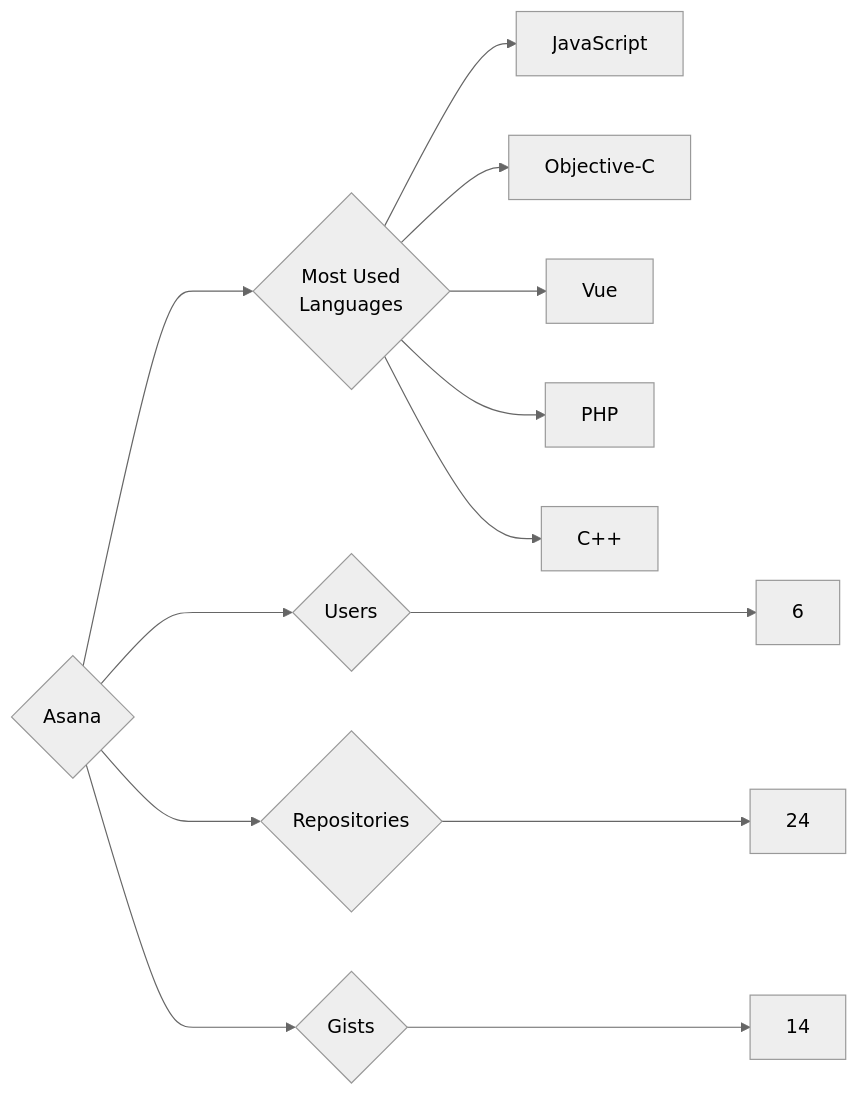
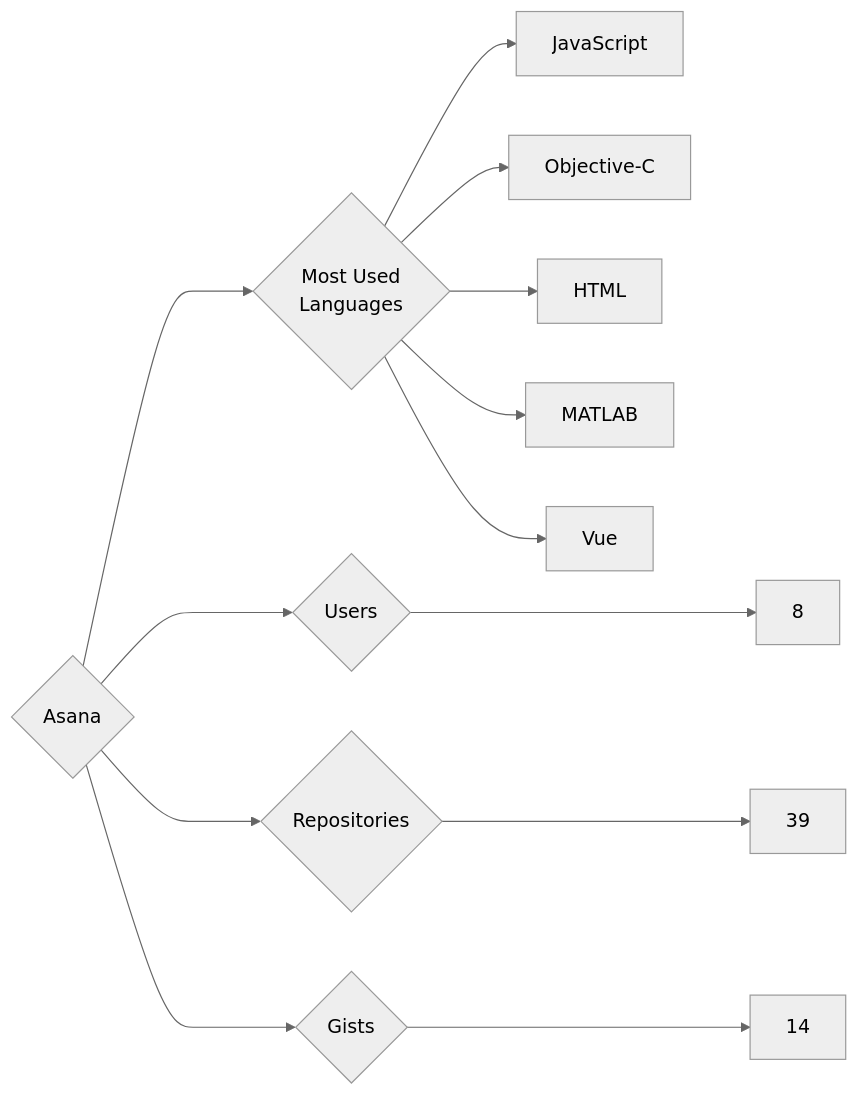
Before and after one commit to trickest/insiders: the diagram in targets/Asana/README.md, drawn with Mermaid (neutral theme). The commit also changed 783 other files, not shown here.

````diff
--- a/targets/Asana/README.md
+++ b/targets/Asana/README.md
@@ -3,13 +3,13 @@
 ```mermaid
 graph LR
 COMPANY_NAME{Asana}
-COMPANY_NAME ---> U{Users} ---> UN[6]
-COMPANY_NAME ---> R{Repositories} ---> RN[24]
+COMPANY_NAME ---> U{Users} ---> UN[8]
+COMPANY_NAME ---> R{Repositories} ---> RN[39]
 COMPANY_NAME ---> G{Gists} ---> GN[14]
 COMPANY_NAME ---> ML{Most Used<br>Languages}
 ML --> JavaScript[JavaScript]
 ML --> Objective-C[Objective-C]
+ML --> HTML[HTML]
+ML --> MATLAB[MATLAB]
 ML --> Vue[Vue]
-ML --> PHP[PHP]
-ML --> C++[C++]
 ```
````
